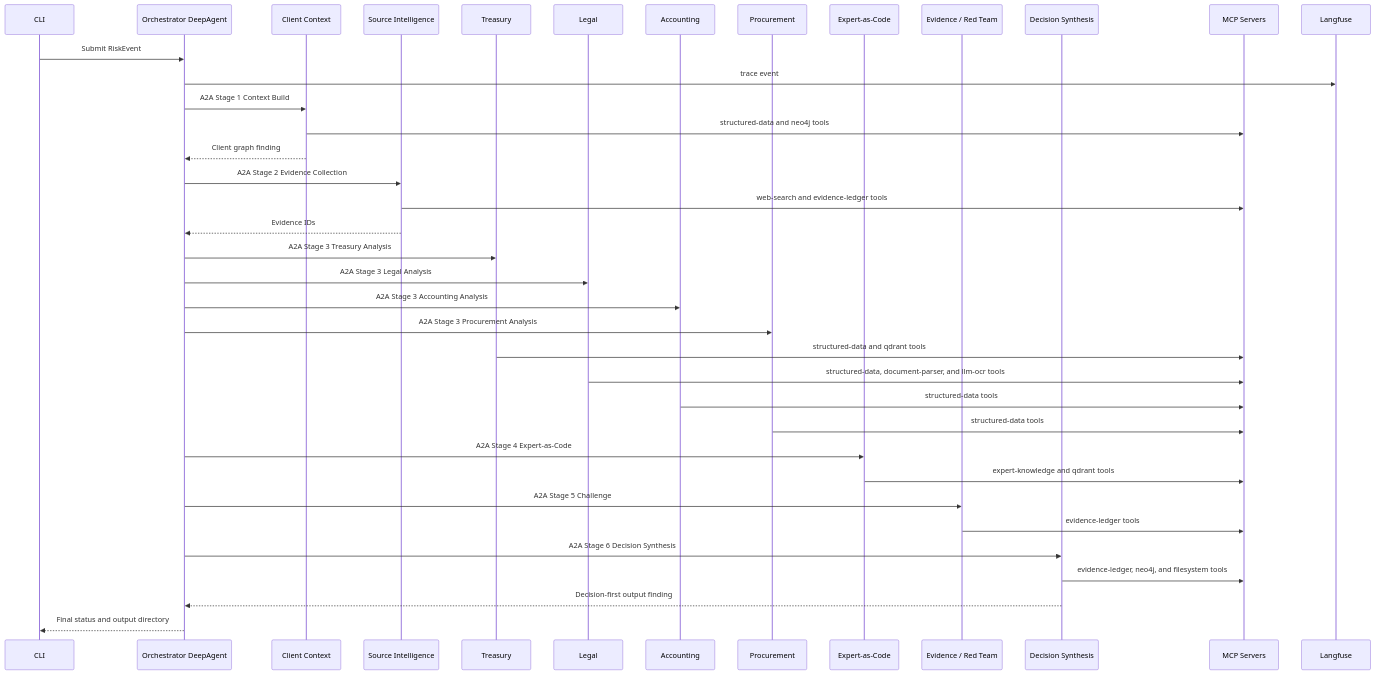
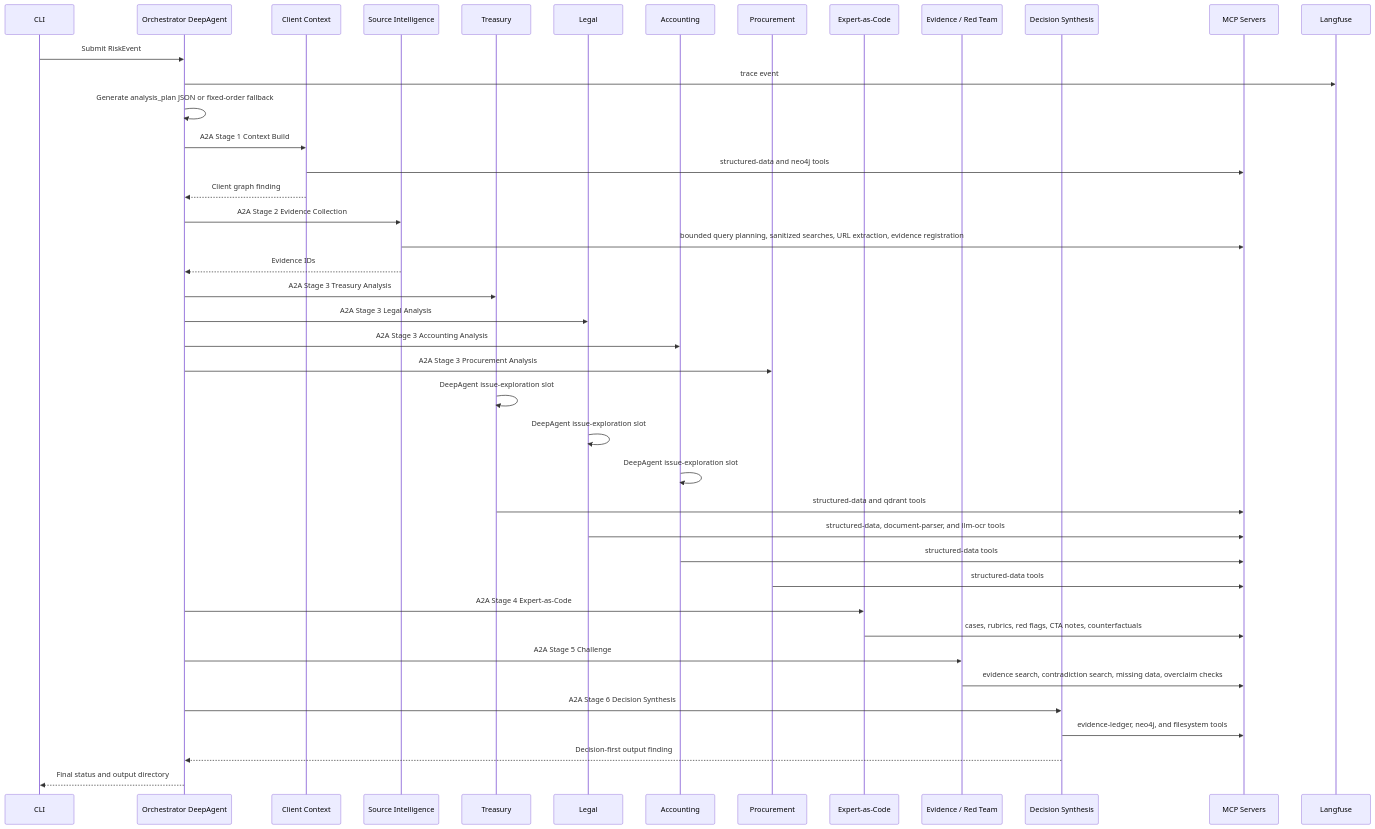
One commit to yujihama/RiskAdvisory_Intelligence_Platform changed the third of 4 diagrams in docs/architecture_diagrams.md. Above: the diagram before and after it, drawn with Mermaid. The commit also changed other lines of this file and 7 other files, not shown here.

Commit message:
Add bounded DeepAgent autonomy

````diff
--- a/docs/architecture_diagrams.md
+++ b/docs/architecture_diagrams.md
@@ -184,41 +185,45 @@
 ```mermaid
 sequenceDiagram
     participant CLI as CLI
     participant O as Orchestrator DeepAgent
     participant C as Client Context
     participant S as Source Intelligence
     participant T as Treasury
     participant L as Legal
     participant A as Accounting
     participant P as Procurement
     participant E as Expert-as-Code
     participant R as Evidence / Red Team
     participant D as Decision Synthesis
     participant M as MCP Servers
     participant LF as Langfuse
 
     CLI->>O: Submit RiskEvent
     O->>LF: trace event
+    O->>O: Generate analysis_plan JSON or fixed-order fallback
     O->>C: A2A Stage 1 Context Build
     C->>M: structured-data and neo4j tools
     C-->>O: Client graph finding
     O->>S: A2A Stage 2 Evidence Collection
-    S->>M: web-search and evidence-ledger tools
+    S->>M: bounded query planning, sanitized searches, URL extraction, evidence registration
     S-->>O: Evidence IDs
     O->>T: A2A Stage 3 Treasury Analysis
     O->>L: A2A Stage 3 Legal Analysis
     O->>A: A2A Stage 3 Accounting Analysis
     O->>P: A2A Stage 3 Procurement Analysis
+    T->>T: DeepAgent issue-exploration slot
+    L->>L: DeepAgent issue-exploration slot
+    A->>A: DeepAgent issue-exploration slot
     T->>M: structured-data and qdrant tools
     L->>M: structured-data, document-parser, and llm-ocr tools
     A->>M: structured-data tools
     P->>M: structured-data tools
     O->>E: A2A Stage 4 Expert-as-Code
-    E->>M: expert-knowledge and qdrant tools
+    E->>M: cases, rubrics, red flags, CTA notes, counterfactuals
     O->>R: A2A Stage 5 Challenge
-    R->>M: evidence-ledger tools
+    R->>M: evidence search, contradiction search, missing data, overclaim checks
     O->>D: A2A Stage 6 Decision Synthesis
     D->>M: evidence-ledger, neo4j, and filesystem tools
     D-->>O: Decision-first output finding
     O-->>CLI: Final status and output directory
 ```
````
